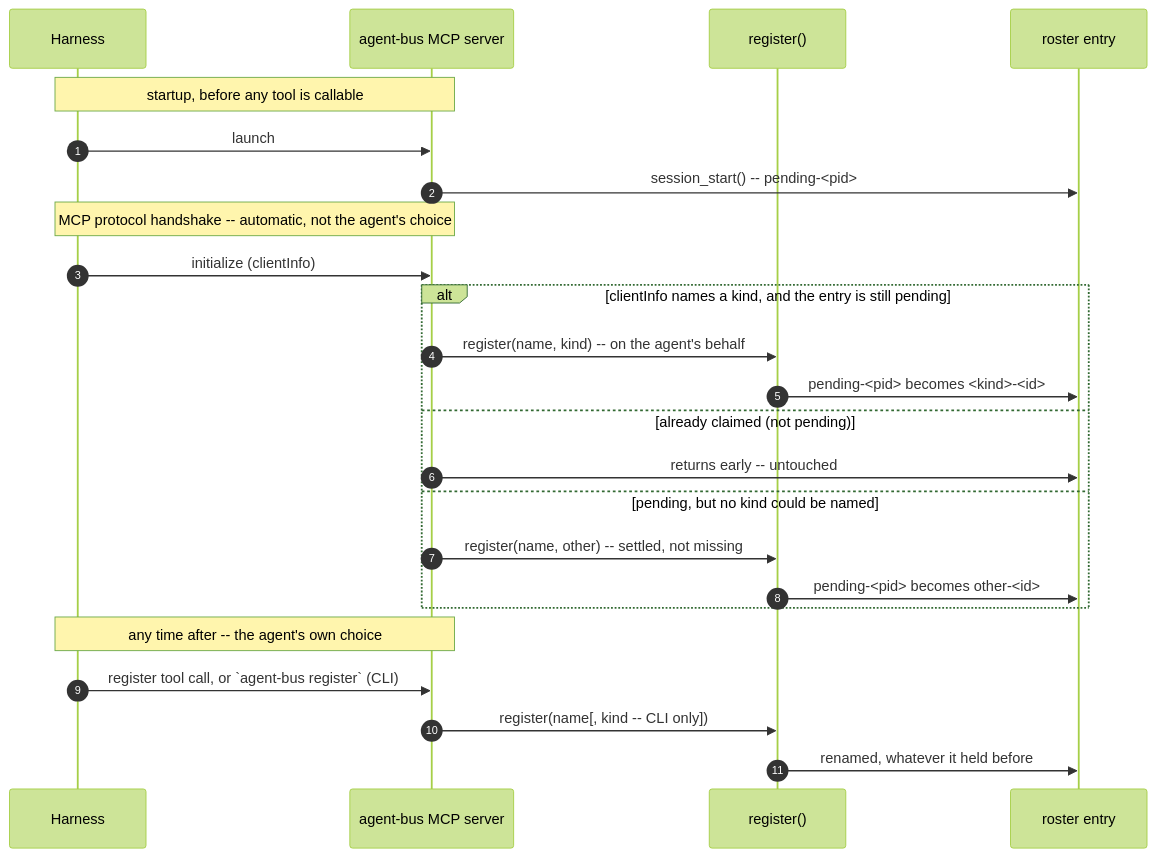
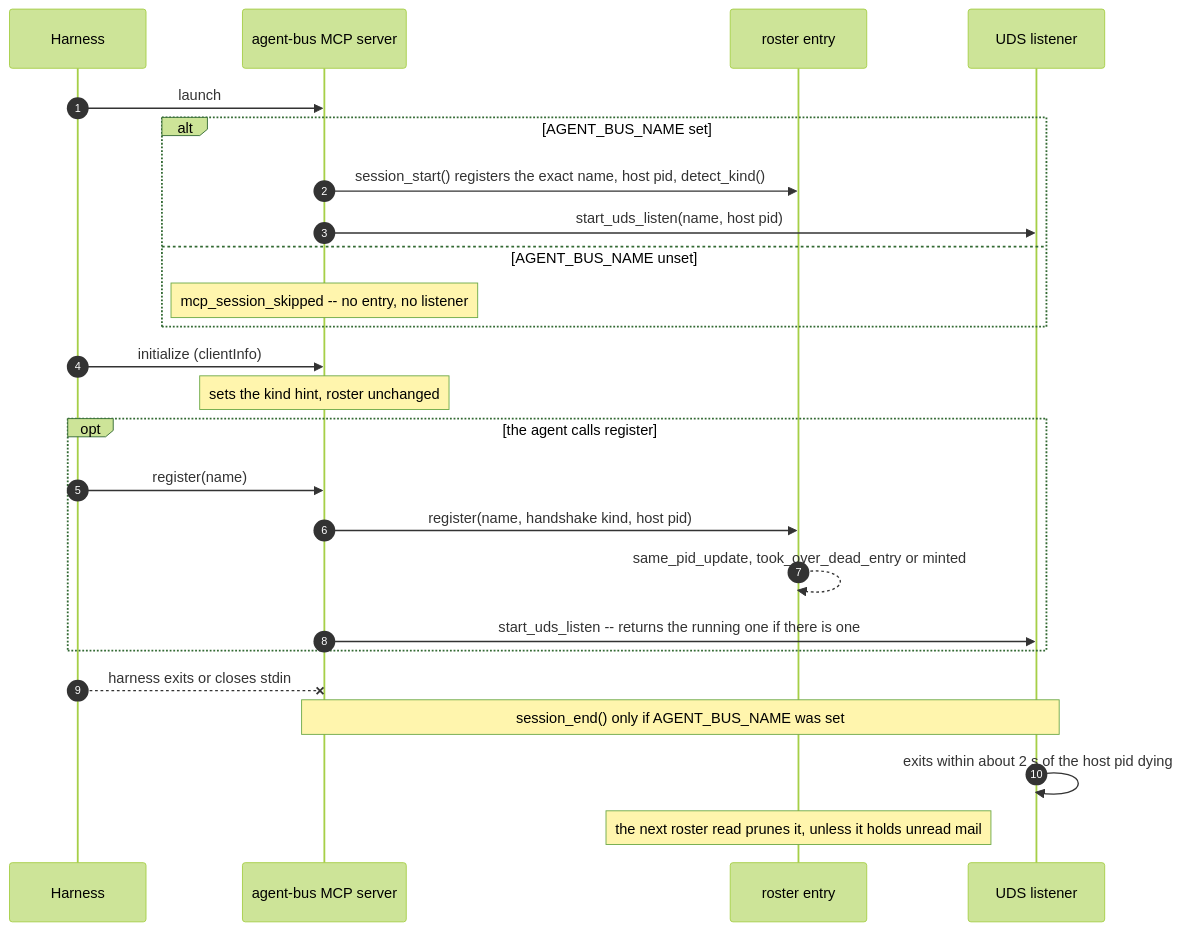
The diagram in docs/identity-and-peering.md (danbarua/agent-bus), drawn with Mermaid (forest theme) before and after one commit. The commit also changed other lines of this file and 20 other files, not shown here.

````diff
--- a/docs/identity-and-peering.md
+++ b/docs/identity-and-peering.md
@@ -139,29 +209,31 @@
 ```mermaid
 sequenceDiagram
     autonumber
     participant H as Harness
     participant MCP as agent-bus MCP server
-    participant Reg as register()
     participant Roster as roster entry
+    participant L as UDS listener
 
-    Note over H,MCP: startup, before any tool is callable
     H->>MCP: launch
-    MCP->>Roster: session_start() -- pending-<pid>
-
-    Note over H,MCP: MCP protocol handshake -- automatic, not the agent's choice
-    H->>MCP: initialize (clientInfo)
-    alt clientInfo names a kind, and the entry is still pending
-        MCP->>Reg: register(name, kind) -- on the agent's behalf
-        Reg->>Roster: pending-<pid> becomes <kind>-<id>
-    else already claimed (not pending)
-        MCP->>Roster: returns early -- untouched
-    else pending, but no kind could be named
-        MCP->>Reg: register(name, other) -- settled, not missing
-        Reg->>Roster: pending-<pid> becomes other-<id>
+    alt AGENT_BUS_NAME set
+        MCP->>Roster: session_start() registers the exact name, host pid, detect_kind()
+        MCP->>L: start_uds_listen(name, host pid)
+    else AGENT_BUS_NAME unset
+        Note over MCP: mcp_session_skipped -- no entry, no listener
     end
 
-    Note over H,MCP: any time after -- the agent's own choice
-    H->>MCP: register tool call, or `agent-bus register` (CLI)
-    MCP->>Reg: register(name[, kind -- CLI only])
-    Reg->>Roster: renamed, whatever it held before
+    H->>MCP: initialize (clientInfo)
+    Note over MCP: sets the kind hint, roster unchanged
+
+    opt the agent calls register
+        H->>MCP: register(name)
+        MCP->>Roster: register(name, handshake kind, host pid)
+        Roster-->>Roster: same_pid_update, took_over_dead_entry or minted
+        MCP->>L: start_uds_listen -- returns the running one if there is one
+    end
+
+    H--xMCP: harness exits or closes stdin
+    Note over MCP,L: session_end() only if AGENT_BUS_NAME was set
+    L->>L: exits within about 2 s of the host pid dying
+    Note over Roster: the next roster read prunes it, unless it holds unread mail
 ```
````
